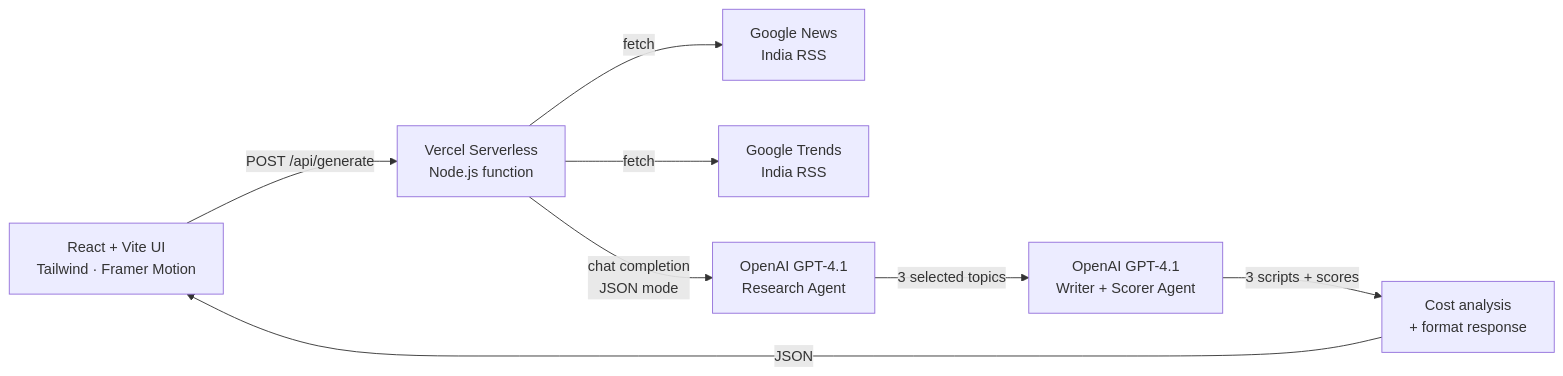
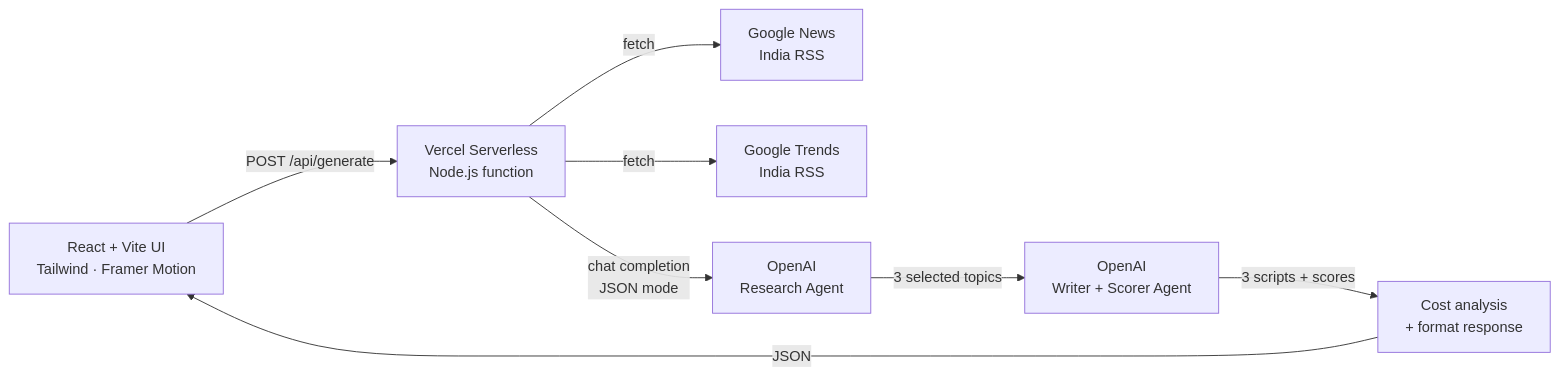
Before and after one commit to aksheyw/kahaaniAI: the diagram in README.md, drawn with Mermaid. The commit also changed other lines of this file, not shown here.

````diff
--- a/README.md
+++ b/README.md
@@ -54,10 +54,10 @@
 ```mermaid
 flowchart LR
     A[React + Vite UI<br/>Tailwind · Framer Motion] -->|POST /api/generate| B[Vercel Serverless<br/>Node.js function]
     B -->|fetch| C[Google News<br/>India RSS]
     B -->|fetch| D[Google Trends<br/>India RSS]
-    B -->|chat completion<br/>JSON mode| E[OpenAI GPT-4.1<br/>Research Agent]
-    E -->|3 selected topics| F[OpenAI GPT-4.1<br/>Writer + Scorer Agent]
+    B -->|chat completion<br/>JSON mode| E[OpenAI<br/>Research Agent]
+    E -->|3 selected topics| F[OpenAI<br/>Writer + Scorer Agent]
     F -->|3 scripts + scores| G[Cost analysis<br/>+ format response]
     G -->|JSON| A
 ```
````
